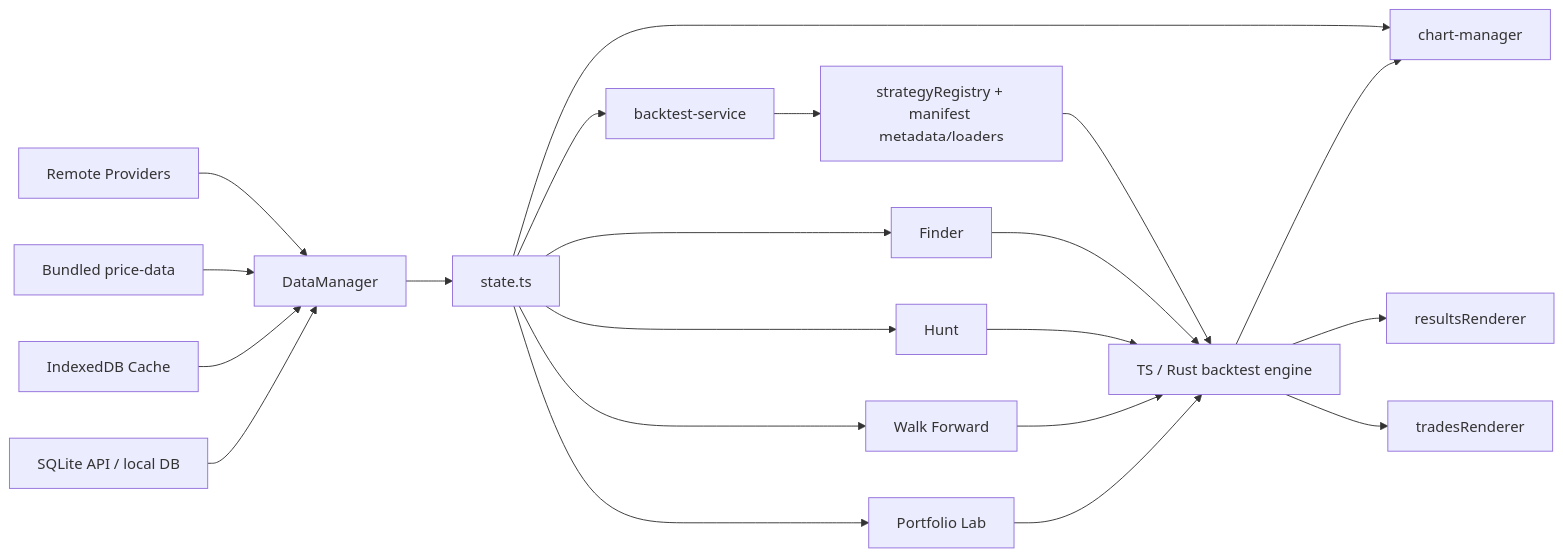
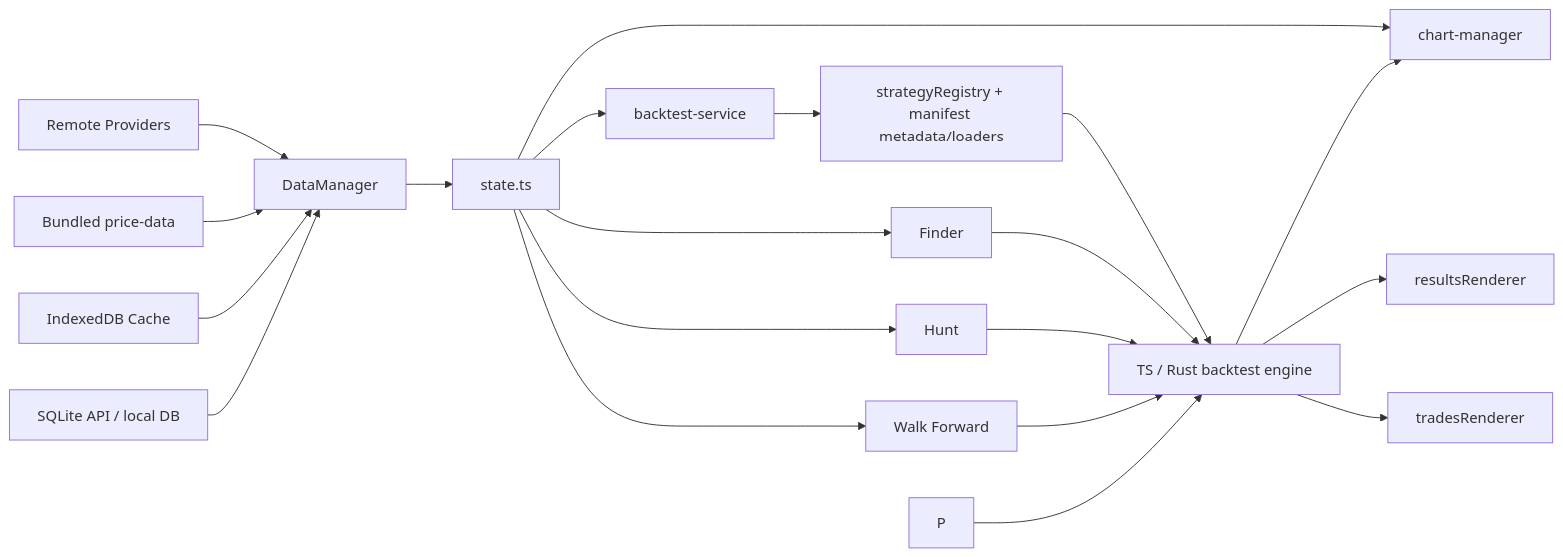
The diagram in README.md (ocim128/Strategies-Finder), drawn with Mermaid before and after one commit. The commit also changed other lines of this file and 24 other files, not shown here.

````diff
--- a/README.md
+++ b/README.md
@@ -105,32 +102,30 @@
 ```mermaid
 flowchart LR
     A[Remote Providers]
     B[Bundled price-data]
     C[IndexedDB Cache]
     D[SQLite API / local DB]
 
     A --> E[DataManager]
     B --> E
     C --> E
     D --> E
 
     E --> F[state.ts]
     F --> G[chart-manager]
     F --> H[backtest-service]
 
     H --> I[strategyRegistry + manifest metadata/loaders]
     I --> J[TS / Rust backtest engine]
     J --> K[resultsRenderer]
     J --> L[tradesRenderer]
     J --> G
 
     F --> M[Finder]
     F --> N[Hunt]
     F --> O[Walk Forward]
-    F --> P[Portfolio Lab]
-
     M --> J
     N --> J
     O --> J
     P --> J
 ```
````
